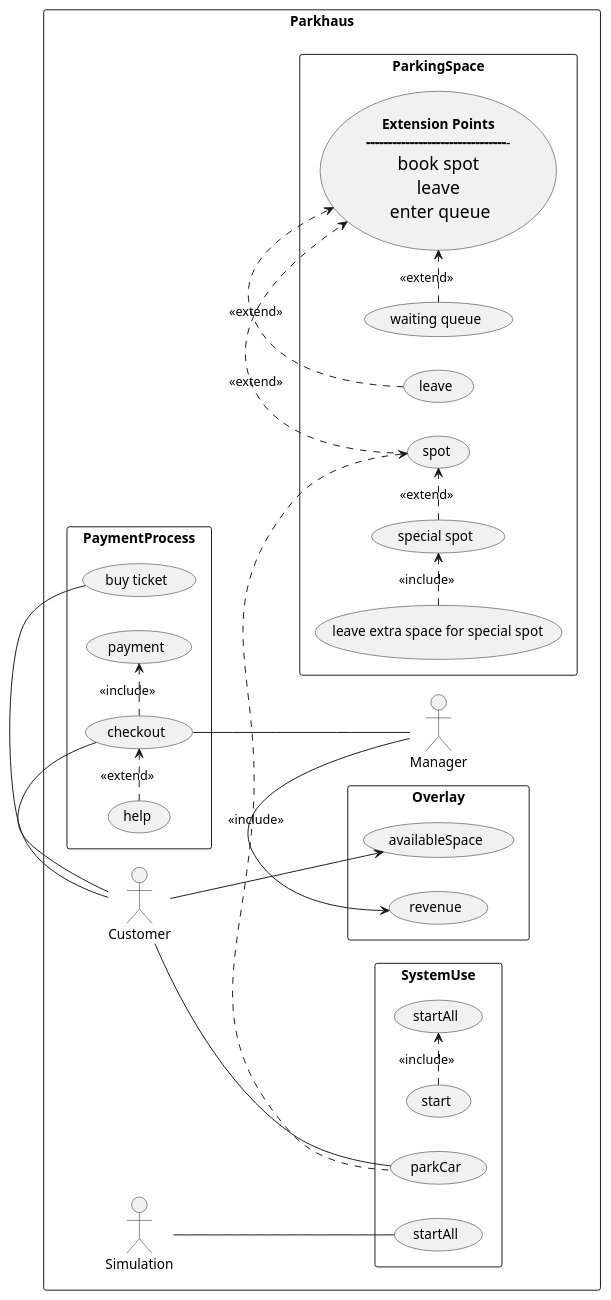
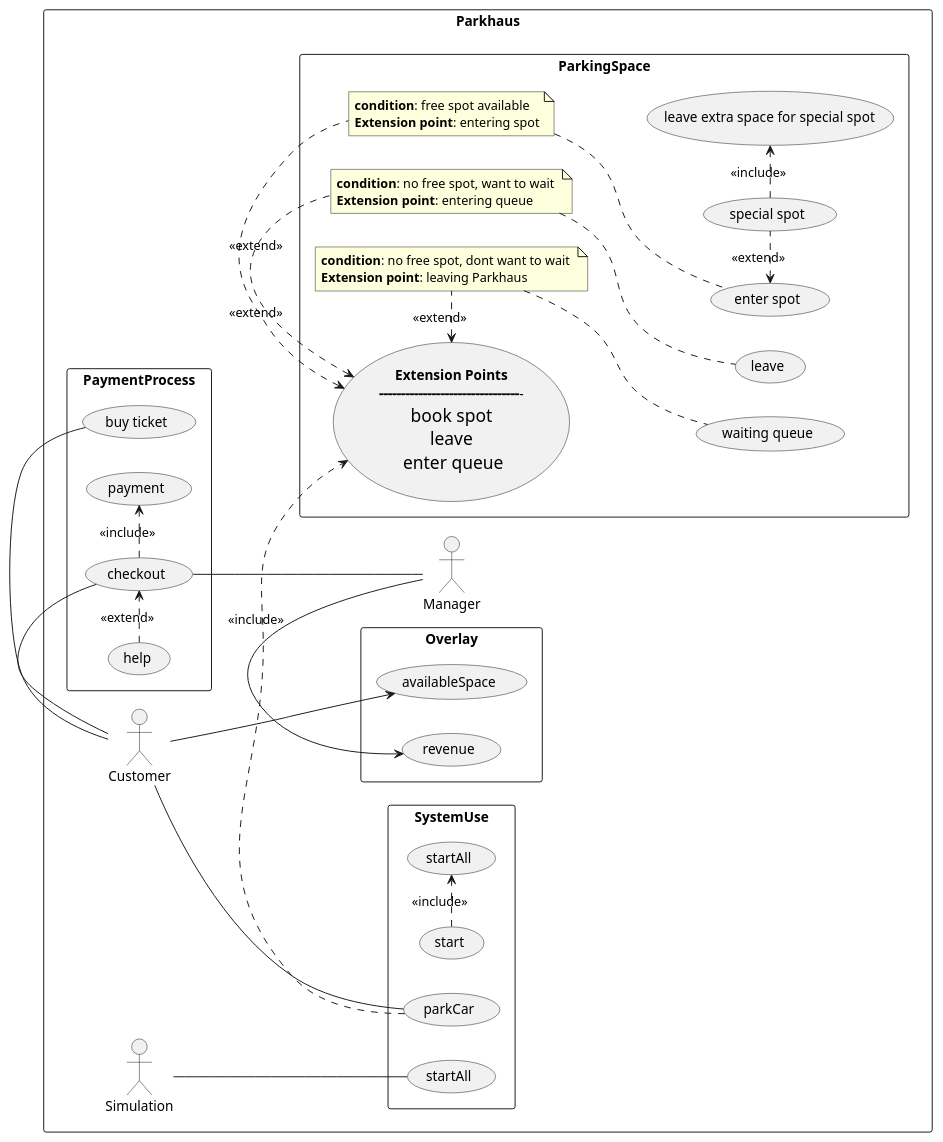
Before and after one commit to 1nbetw33n/Parkhaus_new: the diagram in src/main/exercise4/uc_Parkhaus.puml, drawn with PlantUML.

Commit message:
Added extension points. Added identifier. Changed (spot) -> (enter spot) as (es).

```diff
--- a/src/main/exercise4/uc_Parkhaus.puml
+++ b/src/main/exercise4/uc_Parkhaus.puml
@@ -1,48 +1,57 @@
 @startuml
 left to right direction
 skinparam packageStyle rectangle
 
 package Parkhaus {
     actor Simulation as S
     actor Customer as C
     actor Manager as M
 
     rectangle SystemUse {
         S -- (startAll)
         (startAll) as (sA)
         (parkCar) as pC
+
         (start) .> (sA) : <<include>>
         C -- (pC)
     }
 
 
     rectangle ParkingSpace {
         (** Extension Points **\n ----------------------------------------------------------------------------------------------------------------------------------------------------------------- \n <size:18>book spot</size> \n <size:18>leave</size> \n <size:18>enter queue</size>) as E1
+        note "**condition**: free spot available \n**Extension point**: entering spot" as n1
+        note "**condition**: no free spot, want to wait \n**Extension point**: entering queue" as n2
+        note "**condition**: no free spot, dont want to wait \n**Extension point**: leaving Parkhaus" as n3
+        (enter spot) as (es)
         (special spot) as (ss)
         (leave extra space for special spot) as (extra spot)
-        (spot) .> E1 : <<extend>>
-	    (waiting queue) .> E1 : <<extend>>
-        (leave) .> E1 : <<extend>>
-        (spot) <. (pC) : <<include>>
-        (ss) .> (spot) : <<extend>>
-        (extra spot) .> (ss) : <<include>>
+        (waiting queue) as (wq)
 
+        (pC) .> E1 : <<include>>
+        E1 <. n1 : <<extend>>
+        n1 .. (es)
+        E1 <. n2 : <<extend>>
+        n2 .. (leave)
+        E1 <. n3 : <<extend>>
+        n3 .. (wq)
+        (es) <. (ss) : <<extend>>
+        (ss) .> (extra spot) : <<include>>
     }
 
 
     rectangle PaymentProcess {
      (checkout) .> (payment) : <<include>>
         C - (buy ticket)
         C - (checkout)
         (help) .> (checkout) : <<extend>>
         (checkout) -- M
     }
 
 
     rectangle Overlay {
         C -> (availableSpace)
         M -> (revenue)
     }
 }
 
 @enduml
```
